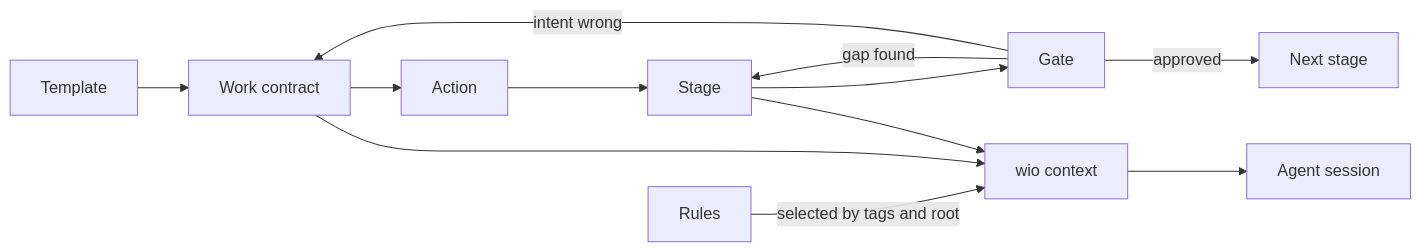
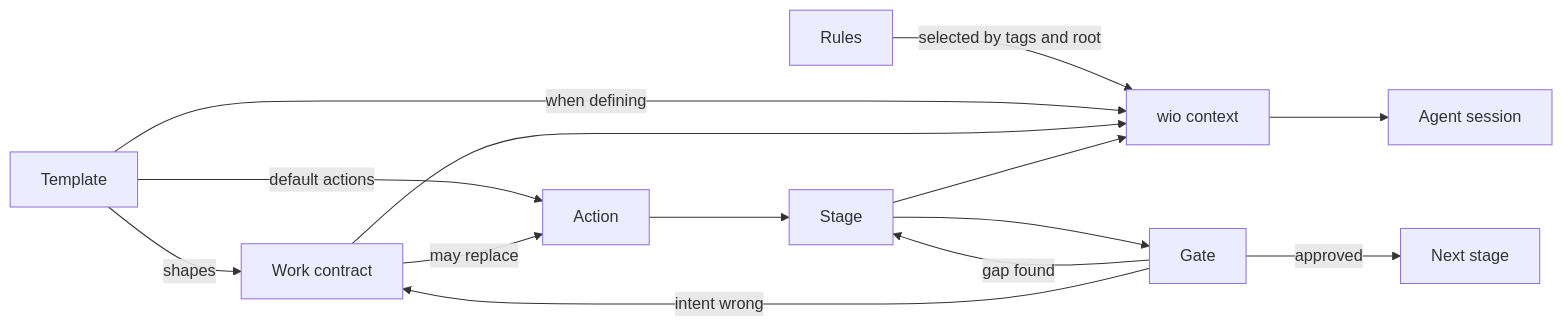
Before and after one commit to msitarz/wio: the diagram in docs/concepts.md, drawn with Mermaid.

Commit message:
docs: show template actions in the overview diagram
A contract takes its actions from its template by default and only
replaces them with its own, so draw the template feeding the actions
directly. Also show the template going into wio context while a Work is
being defined.

````diff
--- a/docs/concepts.md
+++ b/docs/concepts.md
@@ -46,14 +46,16 @@
 ```mermaid
 flowchart LR
-    T[Template] --> C[Work contract]
-    C --> A[Action]
+    T[Template] -->|shapes| C[Work contract]
+    T -->|default actions| A[Action]
+    C -->|may replace| A
     A --> S[Stage]
     S --> G[Gate]
     G -->|approved| S2[Next stage]
     G -->|gap found| S
     G -->|intent wrong| C
     R[Rules] -->|selected by tags and root| X[wio context]
+    T -->|when defining| X
     C --> X
     S --> X
     X --> AG[Agent session]
 ```
````
